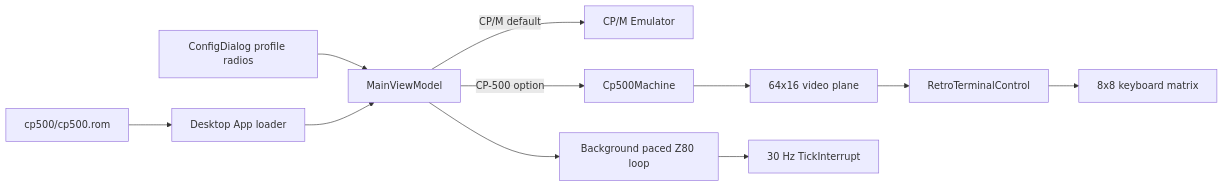
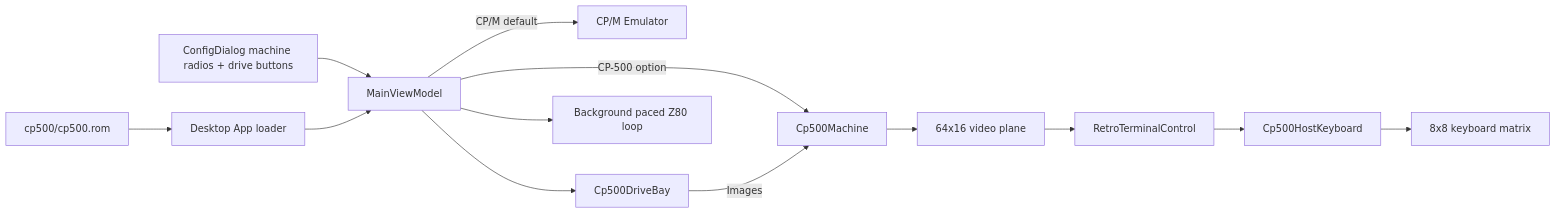
One commit to fredimachado/heh8080 changed the diagram in lode/cp500/desktop-integration.md. Above: the diagram before and after it, drawn with Mermaid. The commit also changed other lines of this file and 55 other files, not shown here.

````diff
--- a/lode/cp500/desktop-integration.md
+++ b/lode/cp500/desktop-integration.md
@@ -16,13 +18,15 @@
 ```mermaid
 flowchart LR
-    Dialog[ConfigDialog profile radios] --> VM[MainViewModel]
+    Dialog[ConfigDialog machine radios + drive buttons] --> VM[MainViewModel]
     ROM[cp500/cp500.rom] --> Desktop[Desktop App loader]
     Desktop --> VM
     VM -->|CP/M default| Emulator[CP/M Emulator]
     VM -->|CP-500 option| Machine[Cp500Machine]
+    VM --> Bay[Cp500DriveBay]
+    Bay -->|Images| Machine
     Machine --> Video[64x16 video plane]
     Video --> CRT[RetroTerminalControl]
-    CRT --> Keyboard[8x8 keyboard matrix]
+    CRT --> HostKeys[Cp500HostKeyboard]
+    HostKeys --> Keyboard[8x8 keyboard matrix]
     VM --> Loop[Background paced Z80 loop]
-    Loop --> Heartbeat[30 Hz TickInterrupt]
 ```
````
